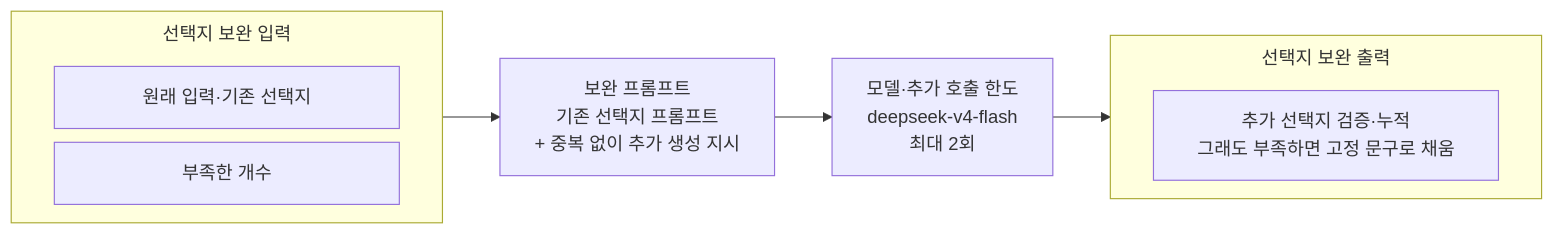
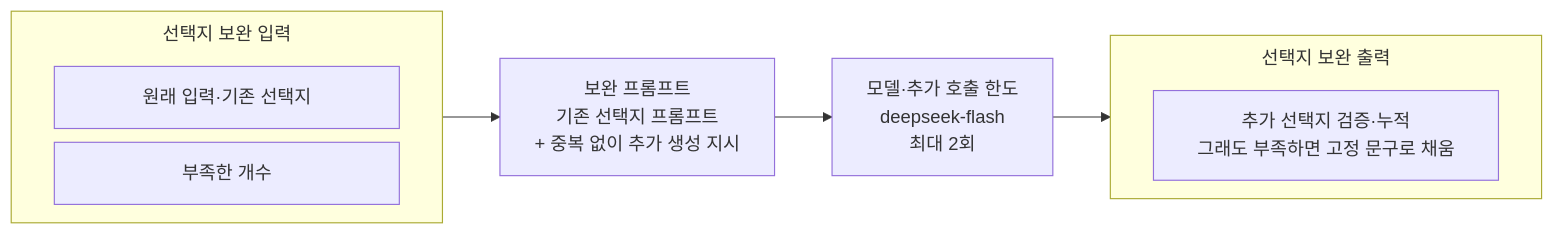
Diagram 13 of 18 in docs/spec/5-ai-server-spec.md (KIM-N-KANG/knk-harness), drawn with Mermaid before and after one commit. The commit also changed other lines of this file and 2 other files, not shown here.

````diff
--- a/docs/spec/5-ai-server-spec.md
+++ b/docs/spec/5-ai-server-spec.md
@@ -447,18 +447,18 @@
 ```mermaid
 %%{init: {"flowchart": {"nodeSpacing": 12, "subGraphTitleMargin": {"top": 8, "bottom": 24}}}}%%
 flowchart LR
     subgraph Q["선택지 보완 입력"]
         direction LR
         Q_item1["<div style='width:240px;text-align:center;'><span>원래 입력·기존 선택지</span></div>"]
         Q_item2["<div style='width:240px;text-align:center;'><span>부족한 개수</span></div>"]
     end
     QP["보완 프롬프트<br/>기존 선택지 프롬프트<br/>+ 중복 없이 추가 생성 지시"]
-    QM["모델·추가 호출 한도<br/>deepseek-v4-flash<br/>최대 2회"]
+    QM["모델·추가 호출 한도<br/>deepseek-flash<br/>최대 2회"]
     subgraph QO["선택지 보완 출력"]
         direction LR
         QO_item1["<div style='width:240px;text-align:center;'><span>추가 선택지 검증·누적<br/>그래도 부족하면 고정 문구로 채움</span></div>"]
     end
     Q --> QP
     QP --> QM
     QM --> QO
 ```
````
